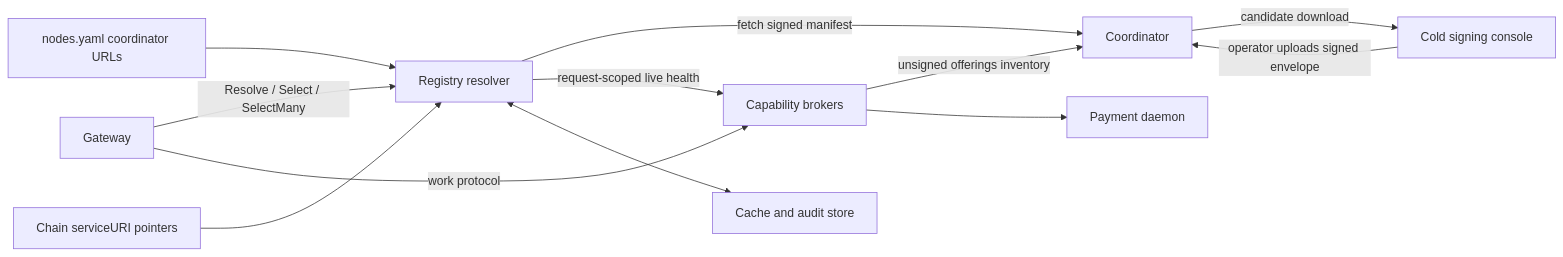
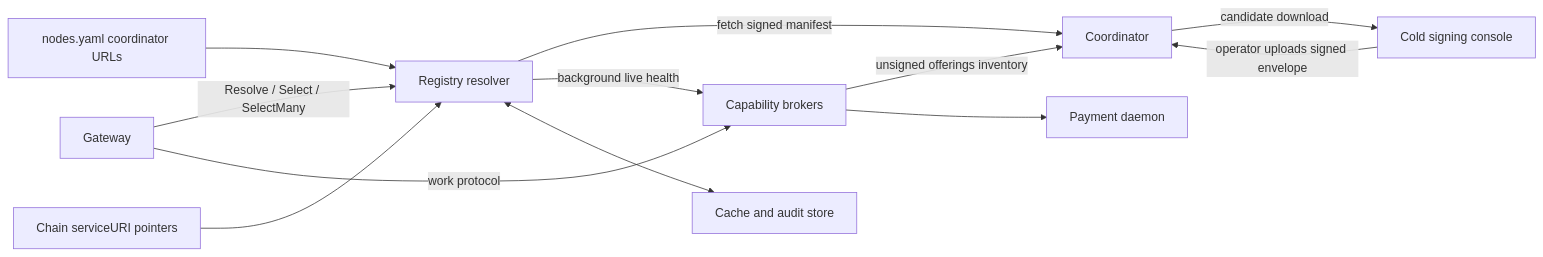
One commit to Cloud-SPE/livepeer-network-modules changed the diagram in service-registry-daemon/docs/design-docs/architecture.md. Above: the diagram before and after it, drawn with Mermaid. The commit also changed other lines of this file and 31 other files, not shown here.

````diff
--- a/service-registry-daemon/docs/design-docs/architecture.md
+++ b/service-registry-daemon/docs/design-docs/architecture.md
@@ -11,14 +11,14 @@
 ```mermaid
 flowchart LR
     B[Capability brokers] -->|unsigned offerings inventory| C[Coordinator]
     C -->|candidate download| S[Cold signing console]
     S -->|operator uploads signed envelope| C
     Y[nodes.yaml coordinator URLs] --> R[Registry resolver]
     CH[Chain serviceURI pointers] --> R
     R -->|fetch signed manifest| C
-    R -->|request-scoped live health| B
+    R -->|background live health| B
     R <--> DB[Cache and audit store]
     G[Gateway] -->|Resolve / Select / SelectMany| R
     G -->|work protocol| B
     B --> P[Payment daemon]
 ```
````
